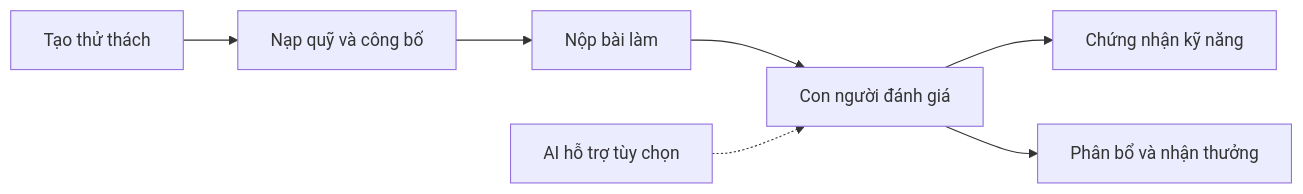
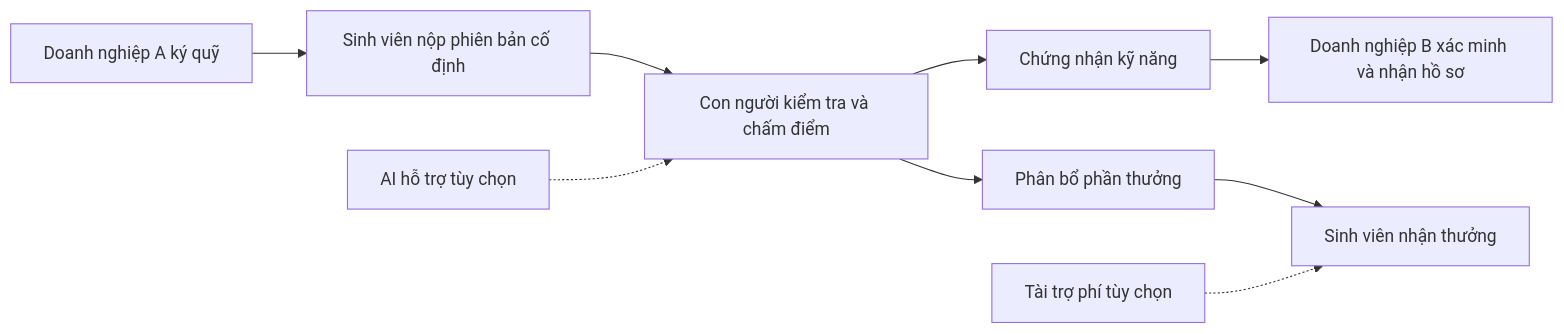
The diagram in README.vi.md (2274802010922/SkillBridge-Vietnam), drawn with Mermaid before and after one commit. The commit also changed other lines of this file and 65 other files, not shown here.

````diff
--- a/README.vi.md
+++ b/README.vi.md
@@ -51,9 +29,11 @@
 ```mermaid
 flowchart LR
-    A["Tạo thử thách"] --> B["Nạp quỹ và công bố"]
-    B --> C["Nộp bài làm"]
-    C --> D["Con người đánh giá"]
-    AI["AI hỗ trợ tùy chọn"] -.-> D
-    D --> E["Chứng nhận kỹ năng"]
-    D --> F["Phân bổ và nhận thưởng"]
+    A["Doanh nghiệp A ký quỹ"] --> B["Sinh viên nộp phiên bản cố định"]
+    B --> C["Con người kiểm tra và chấm điểm"]
+    AI["AI hỗ trợ tùy chọn"] -.-> C
+    C --> D["Chứng nhận kỹ năng"]
+    C --> E["Phân bổ phần thưởng"]
+    E --> F["Sinh viên nhận thưởng"]
+    D --> G["Doanh nghiệp B xác minh và nhận hồ sơ"]
+    S["Tài trợ phí tùy chọn"] -.-> F
 ```
````
